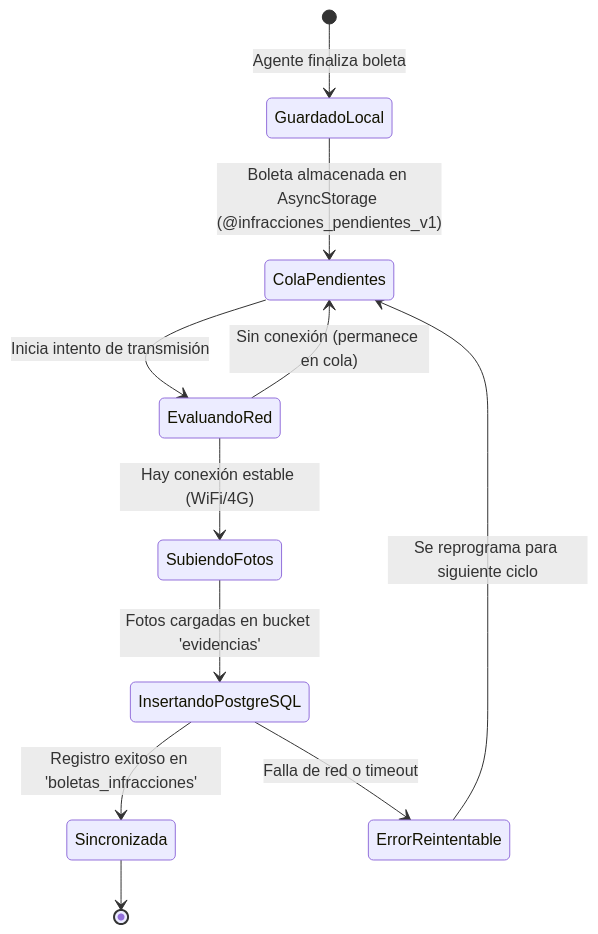
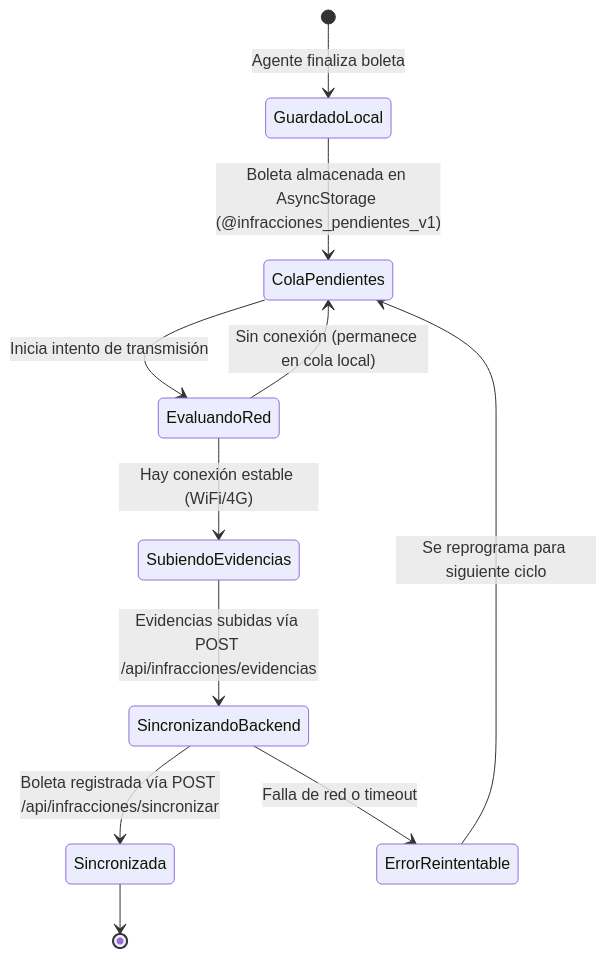
Before and after one commit to soportealoraapp/App-Residencias-Ventanilla: the second of 2 diagrams in DOCUMENTACION_APP_TRANSITO.md, drawn with Mermaid. The commit also changed other lines of this file and 14 other files, not shown here.

Commit message:
feat(transito): integracion de app movil con backend ci4, catalogo oficial uriangato y sync de boletas

````diff
--- a/DOCUMENTACION_APP_TRANSITO.md
+++ b/DOCUMENTACION_APP_TRANSITO.md
@@ -190,13 +217,13 @@
 ```mermaid
 stateDiagram-v2
     [*] --> GuardadoLocal: Agente finaliza boleta
     GuardadoLocal --> ColaPendientes: Boleta almacenada en AsyncStorage (@infracciones_pendientes_v1)
     ColaPendientes --> EvaluandoRed: Inicia intento de transmisión
-    EvaluandoRed --> SubiendoFotos: Hay conexión estable (WiFi/4G)
-    EvaluandoRed --> ColaPendientes: Sin conexión (permanece en cola)
-    SubiendoFotos --> InsertandoPostgreSQL: Fotos cargadas en bucket 'evidencias'
-    InsertandoPostgreSQL --> Sincronizada: Registro exitoso en 'boletas_infracciones'
-    InsertandoPostgreSQL --> ErrorReintentable: Falla de red o timeout
+    EvaluandoRed --> SubiendoEvidencias: Hay conexión estable (WiFi/4G)
+    EvaluandoRed --> ColaPendientes: Sin conexión (permanece en cola local)
+    SubiendoEvidencias --> SincronizandoBackend: Evidencias subidas vía POST /api/infracciones/evidencias
+    SincronizandoBackend --> Sincronizada: Boleta registrada vía POST /api/infracciones/sincronizar
+    SincronizandoBackend --> ErrorReintentable: Falla de red o timeout
     ErrorReintentable --> ColaPendientes: Se reprograma para siguiente ciclo
     Sincronizada --> [*]
 ```
````
